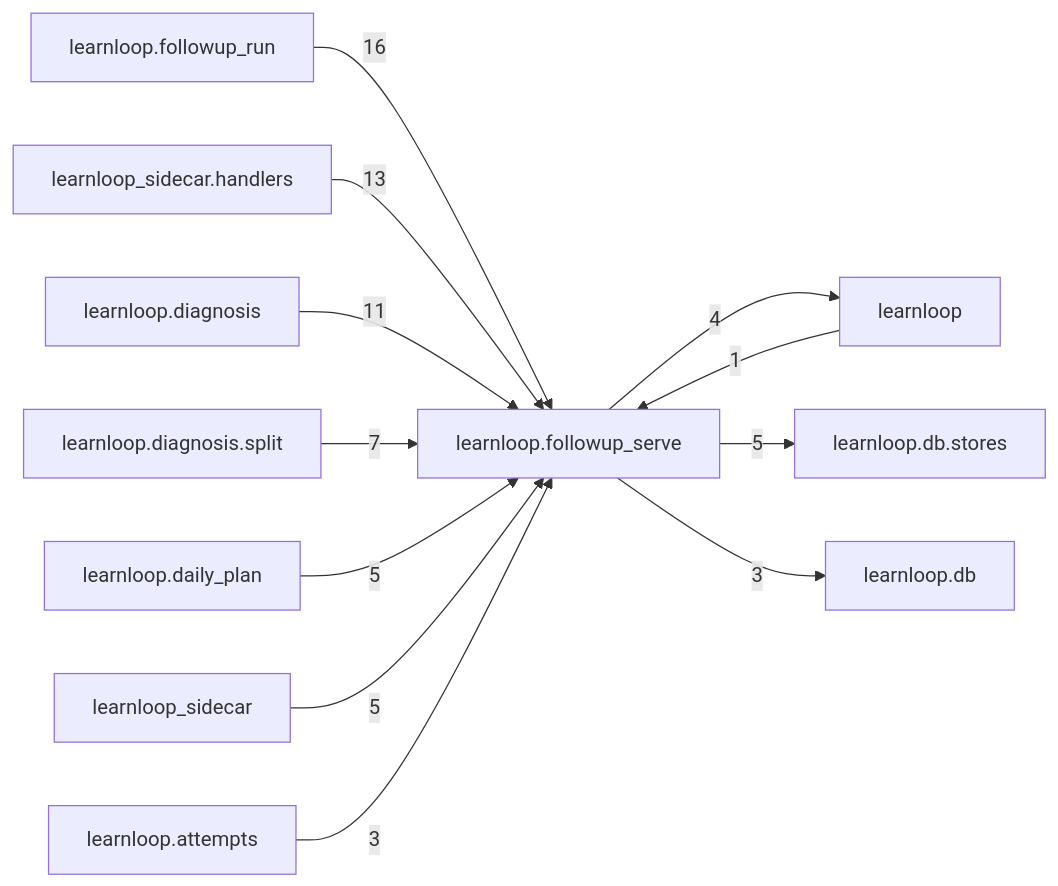
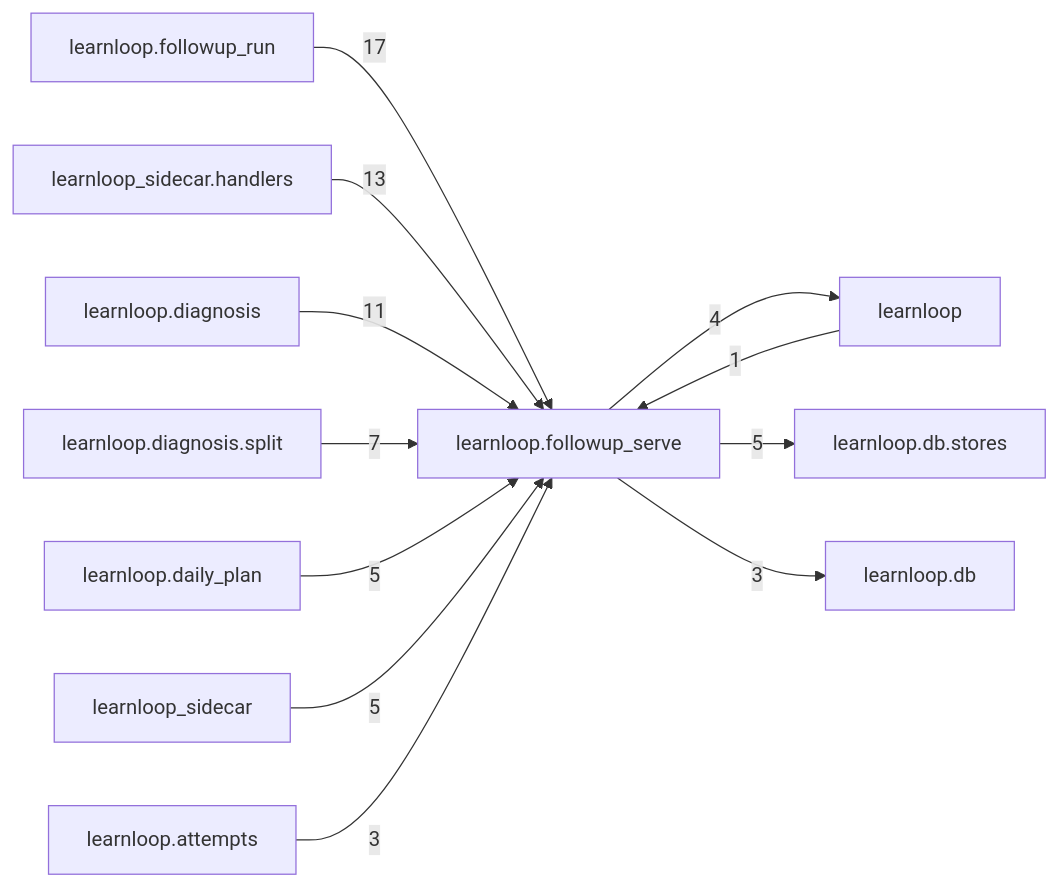
One commit to 6up-b/learnanything changed the diagram in docs/learnloop-architecture-vault/Reference/Modules/learnloop/followup_serve/_package.md. Above: the diagram before and after it, drawn with Mermaid. The commit also changed other lines of this file and 49 other files, not shown here.

````diff
--- a/docs/learnloop-architecture-vault/Reference/Modules/learnloop/followup_serve/_package.md
+++ b/docs/learnloop-architecture-vault/Reference/Modules/learnloop/followup_serve/_package.md
@@ -87,25 +87,25 @@
 ```mermaid
 flowchart LR
     center["learnloop.followup_serve"]
     n_learnloop_followup_run["learnloop.followup_run"]
     n_learnloop_sidecar_handlers["learnloop_sidecar.handlers"]
     n_learnloop_diagnosis["learnloop.diagnosis"]
     n_learnloop_diagnosis_split["learnloop.diagnosis.split"]
     n_learnloop["learnloop"]
     n_learnloop_daily_plan["learnloop.daily_plan"]
     n_learnloop_db_stores["learnloop.db.stores"]
     n_learnloop_sidecar["learnloop_sidecar"]
     n_learnloop_attempts["learnloop.attempts"]
     n_learnloop_db["learnloop.db"]
-    n_learnloop_followup_run -->|16| center
+    n_learnloop_followup_run -->|17| center
     n_learnloop_sidecar_handlers -->|13| center
     n_learnloop_diagnosis -->|11| center
     n_learnloop_diagnosis_split -->|7| center
     n_learnloop -->|1| center
     center -->|4| n_learnloop
     n_learnloop_daily_plan -->|5| center
     center -->|5| n_learnloop_db_stores
     n_learnloop_sidecar -->|5| center
     n_learnloop_attempts -->|3| center
     center -->|3| n_learnloop_db
 ```
````
